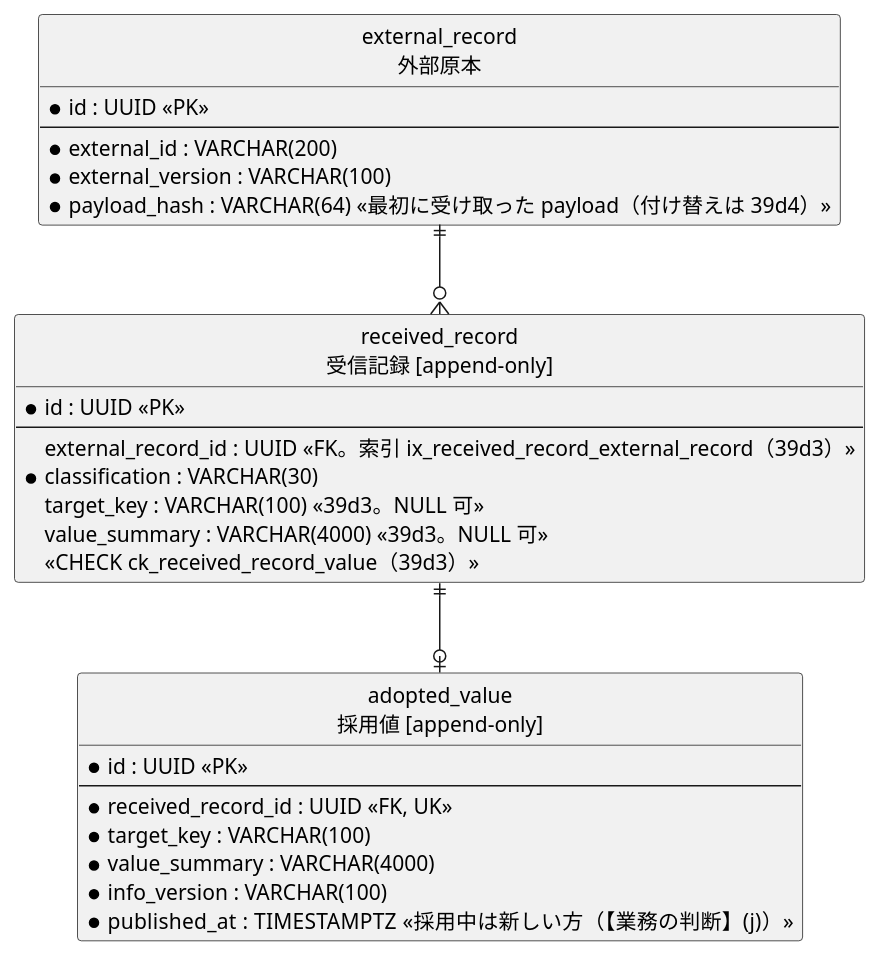
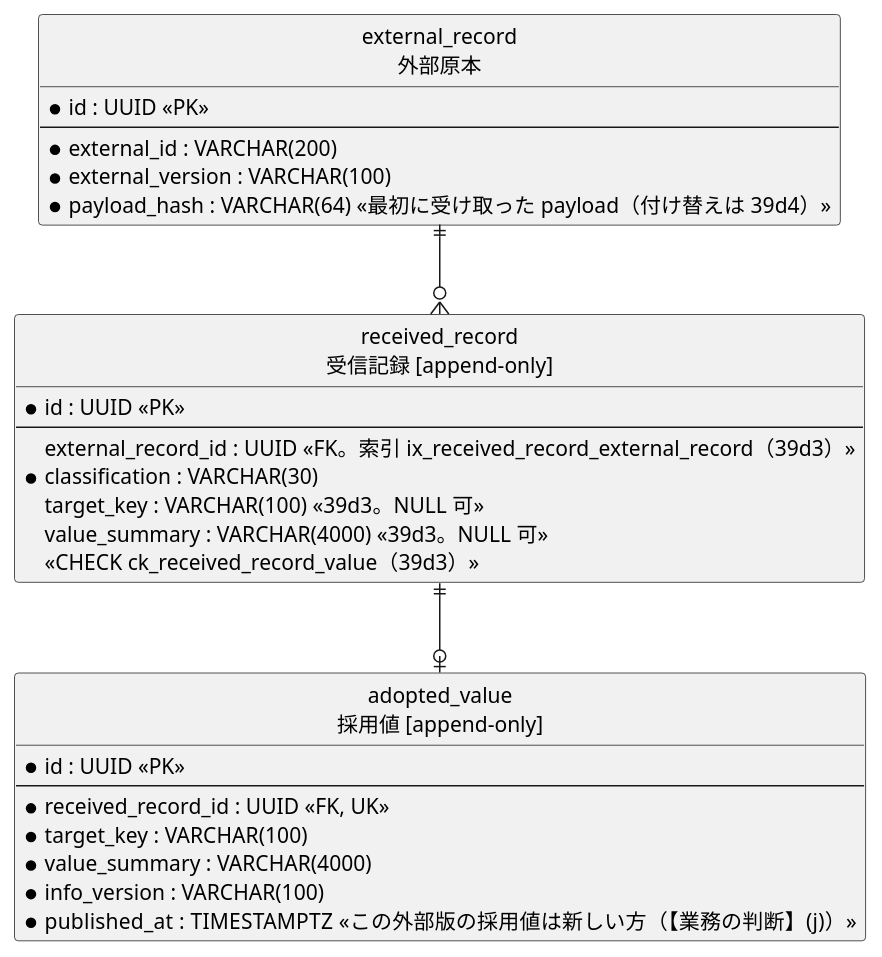
The third of 3 diagrams in docs/development/cargo-tracker/bolt_39d3_plan.md (k2works/practical-domain-driven-design-in-enterpris-application), drawn with PlantUML before and after one commit. The commit also changed other lines of this file and 2 other files, not shown here.

````diff
--- a/docs/development/cargo-tracker/bolt_39d3_plan.md
+++ b/docs/development/cargo-tracker/bolt_39d3_plan.md
@@ -304,33 +365,33 @@
 ```plantuml
 @startuml
 hide circle
 skinparam linetype ortho
 entity "external_record\n外部原本" as er {
   * id : UUID <<PK>>
   --
   * external_id : VARCHAR(200)
   * external_version : VARCHAR(100)
   * payload_hash : VARCHAR(64) <<最初に受け取った payload（付け替えは 39d4）>>
 }
 entity "received_record\n受信記録 [append-only]" as rc {
   * id : UUID <<PK>>
   --
   external_record_id : UUID <<FK。索引 ix_received_record_external_record（39d3）>>
   * classification : VARCHAR(30)
   target_key : VARCHAR(100) <<39d3。NULL 可>>
   value_summary : VARCHAR(4000) <<39d3。NULL 可>>
   <<CHECK ck_received_record_value（39d3）>>
 }
 entity "adopted_value\n採用値 [append-only]" as av {
   * id : UUID <<PK>>
   --
   * received_record_id : UUID <<FK, UK>>
   * target_key : VARCHAR(100)
   * value_summary : VARCHAR(4000)
   * info_version : VARCHAR(100)
-  * published_at : TIMESTAMPTZ <<採用中は新しい方（【業務の判断】(j)）>>
+  * published_at : TIMESTAMPTZ <<この外部版の採用値は新しい方（【業務の判断】(j)）>>
 }
 er ||--o{ rc
 rc ||--o| av
 @enduml
 ```
````
